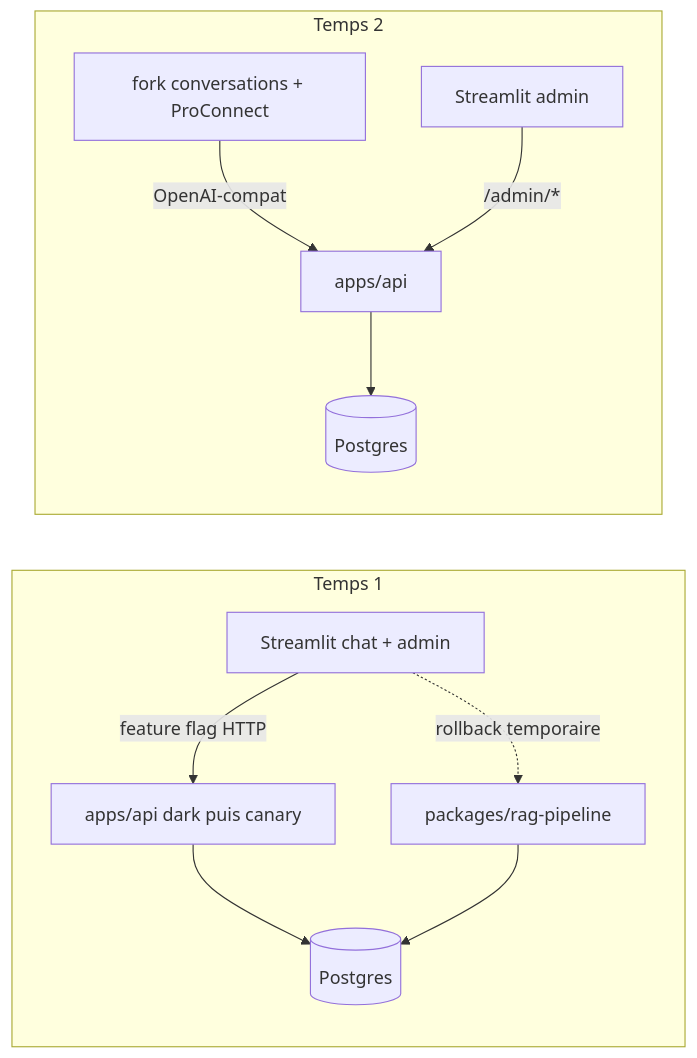
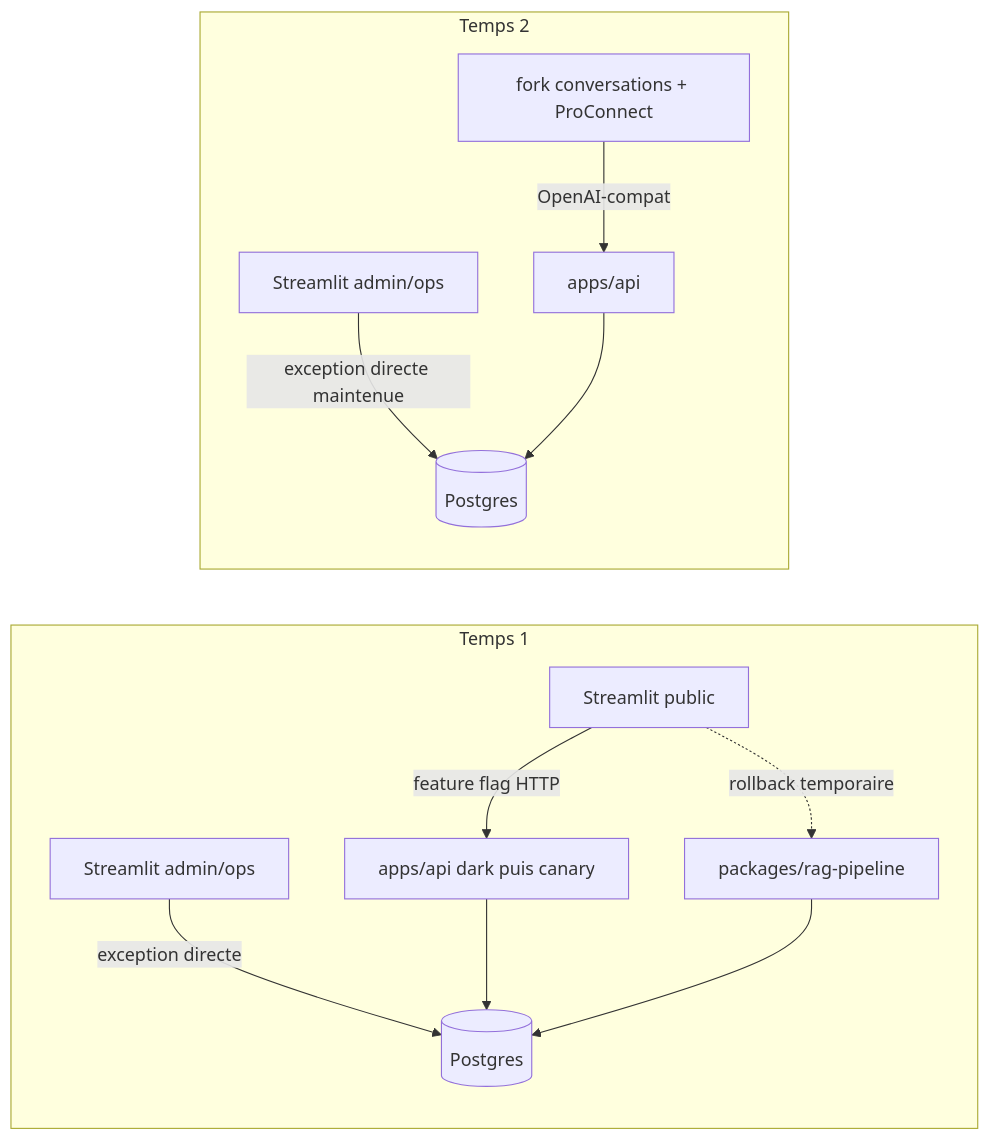
The diagram in docs/architecture/hexagonal-split/00-overview.md (DGAFP/assistant-rh), drawn with Mermaid before and after one commit. The commit also changed other lines of this file and 8 other files, not shown here.

Commit message:
docs: narrow Streamlit API migration scope

````diff
--- a/docs/architecture/hexagonal-split/00-overview.md
+++ b/docs/architecture/hexagonal-split/00-overview.md
@@ -17,14 +17,15 @@
 ```mermaid
 flowchart LR
     subgraph "Temps 1"
-        ST1[Streamlit chat + admin] -->|feature flag HTTP| API1[apps/api dark puis canary]
+        ST1[Streamlit public] -->|feature flag HTTP| API1[apps/api dark puis canary]
         ST1 -.->|rollback temporaire| OLD[packages/rag-pipeline]
+        ADMIN[Streamlit admin/ops] -->|exception directe| DB1[(Postgres)]
         API1 --> DB1[(Postgres)]
         OLD --> DB1
     end
     subgraph "Temps 2"
         CONV[fork conversations + ProConnect] -->|OpenAI-compat| API2[apps/api]
-        ST2[Streamlit admin] -->|/admin/*| API2
+        ST2[Streamlit admin/ops] -->|exception directe maintenue| DB2[(Postgres)]
         API2 --> DB2[(Postgres)]
     end
 ```
````
